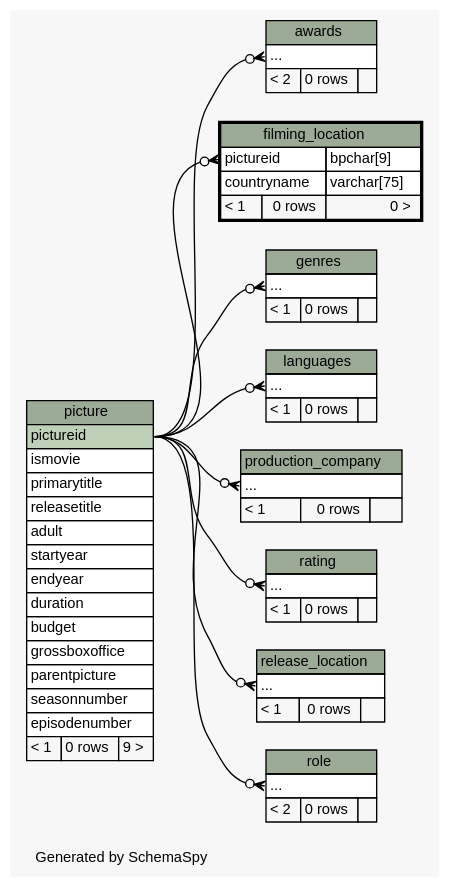
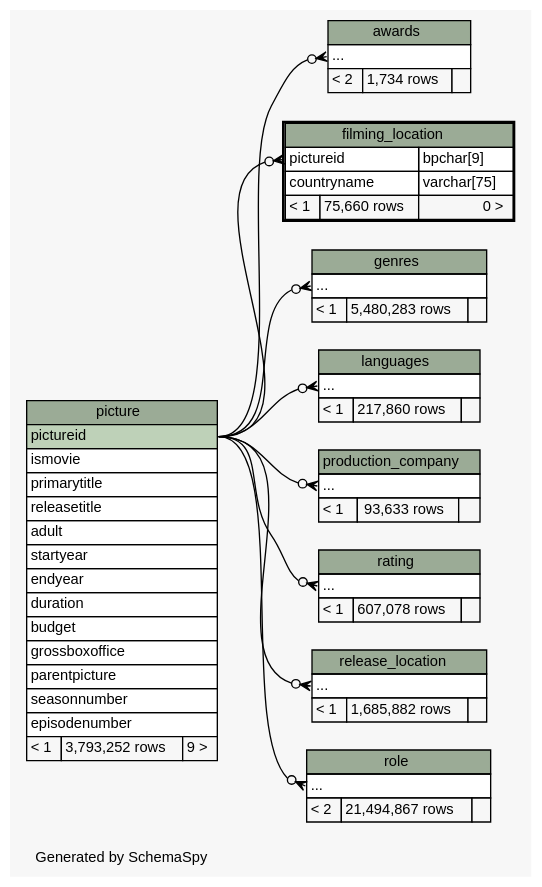
One commit to sipian/CS3563-DBMS changed the diagram in populating-tables/schemaspy/diagrams/filming_location.2degrees.dot. Above: the diagram before and after it, drawn with Graphviz. The commit also changed 65 other files, not shown here.

```diff
--- a/populating-tables/schemaspy/diagrams/filming_location.2degrees.dot
+++ b/populating-tables/schemaspy/diagrams/filming_location.2degrees.dot
@@ -1,133 +1,133 @@
 // dot 2.38.0 on Linux 4.13.0-32-generic
 // SchemaSpy rev 590
 digraph "twoDegreesRelationshipsDiagram" {
   graph [
     rankdir="RL"
     bgcolor="#f7f7f7"
     label="\nGenerated by SchemaSpy"
     labeljust="l"
     nodesep="0.18"
     ranksep="0.46"
     fontname="Helvetica"
     fontsize="11"
   ];
   node [
     fontname="Helvetica"
     fontsize="11"
     shape="plaintext"
   ];
   edge [
     arrowsize="0.8"
   ];
   "awards":"elipses":w -> "picture":"pictureid":e [arrowhead=none dir=back arrowtail=crowodot];
   "filming_location":"pictureid":w -> "picture":"pictureid":e [arrowhead=none dir=back arrowtail=crowodot];
   "genres":"elipses":w -> "picture":"pictureid":e [arrowhead=none dir=back arrowtail=crowodot];
   "languages":"elipses":w -> "picture":"pictureid":e [arrowhead=none dir=back arrowtail=crowodot];
   "production_company":"elipses":w -> "picture":"pictureid":e [arrowhead=none dir=back arrowtail=crowodot];
   "rating":"elipses":w -> "picture":"pictureid":e [arrowhead=none dir=back arrowtail=crowodot];
   "release_location":"elipses":w -> "picture":"pictureid":e [arrowhead=none dir=back arrowtail=crowodot];
   "role":"elipses":w -> "picture":"pictureid":e [arrowhead=none dir=back arrowtail=crowodot];
   "awards" [
     label=<
     <TABLE BORDER="0" CELLBORDER="1" CELLSPACING="0" BGCOLOR="#ffffff">
       <TR><TD COLSPAN="3" BGCOLOR="#9bab96" ALIGN="CENTER">awards</TD></TR>
       <TR><TD PORT="elipses" COLSPAN="3" ALIGN="LEFT">...</TD></TR>
-      <TR><TD ALIGN="LEFT" BGCOLOR="#f7f7f7">&lt; 2</TD><TD ALIGN="RIGHT" BGCOLOR="#f7f7f7">0 rows</TD><TD ALIGN="RIGHT" BGCOLOR="#f7f7f7">  </TD></TR>
+      <TR><TD ALIGN="LEFT" BGCOLOR="#f7f7f7">&lt; 2</TD><TD ALIGN="RIGHT" BGCOLOR="#f7f7f7">1,734 rows</TD><TD ALIGN="RIGHT" BGCOLOR="#f7f7f7">  </TD></TR>
     </TABLE>>
     URL="awards.html"
     tooltip="awards"
   ];
   "filming_location" [
     label=<
     <TABLE BORDER="2" CELLBORDER="1" CELLSPACING="0" BGCOLOR="#ffffff">
       <TR><TD COLSPAN="3" BGCOLOR="#9bab96" ALIGN="CENTER">filming_location</TD></TR>
       <TR><TD PORT="pictureid" COLSPAN="2" ALIGN="LEFT">pictureid</TD><TD PORT="pictureid.type" ALIGN="LEFT">bpchar[9]</TD></TR>
       <TR><TD PORT="countryname" COLSPAN="2" ALIGN="LEFT">countryname</TD><TD PORT="countryname.type" ALIGN="LEFT">varchar[75]</TD></TR>
-      <TR><TD ALIGN="LEFT" BGCOLOR="#f7f7f7">&lt; 1</TD><TD ALIGN="RIGHT" BGCOLOR="#f7f7f7">0 rows</TD><TD ALIGN="RIGHT" BGCOLOR="#f7f7f7">0 &gt;</TD></TR>
+      <TR><TD ALIGN="LEFT" BGCOLOR="#f7f7f7">&lt; 1</TD><TD ALIGN="RIGHT" BGCOLOR="#f7f7f7">75,660 rows</TD><TD ALIGN="RIGHT" BGCOLOR="#f7f7f7">0 &gt;</TD></TR>
     </TABLE>>
     URL="filming_location.html"
     tooltip="filming_location"
   ];
   "genres" [
     label=<
     <TABLE BORDER="0" CELLBORDER="1" CELLSPACING="0" BGCOLOR="#ffffff">
       <TR><TD COLSPAN="3" BGCOLOR="#9bab96" ALIGN="CENTER">genres</TD></TR>
       <TR><TD PORT="elipses" COLSPAN="3" ALIGN="LEFT">...</TD></TR>
-      <TR><TD ALIGN="LEFT" BGCOLOR="#f7f7f7">&lt; 1</TD><TD ALIGN="RIGHT" BGCOLOR="#f7f7f7">0 rows</TD><TD ALIGN="RIGHT" BGCOLOR="#f7f7f7">  </TD></TR>
+      <TR><TD ALIGN="LEFT" BGCOLOR="#f7f7f7">&lt; 1</TD><TD ALIGN="RIGHT" BGCOLOR="#f7f7f7">5,480,283 rows</TD><TD ALIGN="RIGHT" BGCOLOR="#f7f7f7">  </TD></TR>
     </TABLE>>
     URL="genres.html"
     tooltip="genres"
   ];
   "languages" [
     label=<
     <TABLE BORDER="0" CELLBORDER="1" CELLSPACING="0" BGCOLOR="#ffffff">
       <TR><TD COLSPAN="3" BGCOLOR="#9bab96" ALIGN="CENTER">languages</TD></TR>
       <TR><TD PORT="elipses" COLSPAN="3" ALIGN="LEFT">...</TD></TR>
-      <TR><TD ALIGN="LEFT" BGCOLOR="#f7f7f7">&lt; 1</TD><TD ALIGN="RIGHT" BGCOLOR="#f7f7f7">0 rows</TD><TD ALIGN="RIGHT" BGCOLOR="#f7f7f7">  </TD></TR>
+      <TR><TD ALIGN="LEFT" BGCOLOR="#f7f7f7">&lt; 1</TD><TD ALIGN="RIGHT" BGCOLOR="#f7f7f7">217,860 rows</TD><TD ALIGN="RIGHT" BGCOLOR="#f7f7f7">  </TD></TR>
     </TABLE>>
     URL="languages.html"
     tooltip="languages"
   ];
   "picture" [
     label=<
     <TABLE BORDER="0" CELLBORDER="1" CELLSPACING="0" BGCOLOR="#ffffff">
       <TR><TD COLSPAN="3" BGCOLOR="#9bab96" ALIGN="CENTER">picture</TD></TR>
       <TR><TD PORT="pictureid" COLSPAN="3" BGCOLOR="#bed1b8" ALIGN="LEFT">pictureid</TD></TR>
       <TR><TD PORT="ismovie" COLSPAN="3" ALIGN="LEFT">ismovie</TD></TR>
       <TR><TD PORT="primarytitle" COLSPAN="3" ALIGN="LEFT">primarytitle</TD></TR>
       <TR><TD PORT="releasetitle" COLSPAN="3" ALIGN="LEFT">releasetitle</TD></TR>
       <TR><TD PORT="adult" COLSPAN="3" ALIGN="LEFT">adult</TD></TR>
       <TR><TD PORT="startyear" COLSPAN="3" ALIGN="LEFT">startyear</TD></TR>
       <TR><TD PORT="endyear" COLSPAN="3" ALIGN="LEFT">endyear</TD></TR>
       <TR><TD PORT="duration" COLSPAN="3" ALIGN="LEFT">duration</TD></TR>
       <TR><TD PORT="budget" COLSPAN="3" ALIGN="LEFT">budget</TD></TR>
       <TR><TD PORT="grossboxoffice" COLSPAN="3" ALIGN="LEFT">grossboxoffice</TD></TR>
       <TR><TD PORT="parentpicture" COLSPAN="3" ALIGN="LEFT">parentpicture</TD></TR>
       <TR><TD PORT="seasonnumber" COLSPAN="3" ALIGN="LEFT">seasonnumber</TD></TR>
       <TR><TD PORT="episodenumber" COLSPAN="3" ALIGN="LEFT">episodenumber</TD></TR>
-      <TR><TD ALIGN="LEFT" BGCOLOR="#f7f7f7">&lt; 1</TD><TD ALIGN="RIGHT" BGCOLOR="#f7f7f7">0 rows</TD><TD ALIGN="RIGHT" BGCOLOR="#f7f7f7">9 &gt;</TD></TR>
+      <TR><TD ALIGN="LEFT" BGCOLOR="#f7f7f7">&lt; 1</TD><TD ALIGN="RIGHT" BGCOLOR="#f7f7f7">3,793,252 rows</TD><TD ALIGN="RIGHT" BGCOLOR="#f7f7f7">9 &gt;</TD></TR>
     </TABLE>>
     URL="picture.html"
     tooltip="picture"
   ];
   "production_company" [
     label=<
     <TABLE BORDER="0" CELLBORDER="1" CELLSPACING="0" BGCOLOR="#ffffff">
       <TR><TD COLSPAN="3" BGCOLOR="#9bab96" ALIGN="CENTER">production_company</TD></TR>
       <TR><TD PORT="elipses" COLSPAN="3" ALIGN="LEFT">...</TD></TR>
-      <TR><TD ALIGN="LEFT" BGCOLOR="#f7f7f7">&lt; 1</TD><TD ALIGN="RIGHT" BGCOLOR="#f7f7f7">0 rows</TD><TD ALIGN="RIGHT" BGCOLOR="#f7f7f7">  </TD></TR>
+      <TR><TD ALIGN="LEFT" BGCOLOR="#f7f7f7">&lt; 1</TD><TD ALIGN="RIGHT" BGCOLOR="#f7f7f7">93,633 rows</TD><TD ALIGN="RIGHT" BGCOLOR="#f7f7f7">  </TD></TR>
     </TABLE>>
     URL="production_company.html"
     tooltip="production_company"
   ];
   "rating" [
     label=<
     <TABLE BORDER="0" CELLBORDER="1" CELLSPACING="0" BGCOLOR="#ffffff">
       <TR><TD COLSPAN="3" BGCOLOR="#9bab96" ALIGN="CENTER">rating</TD></TR>
       <TR><TD PORT="elipses" COLSPAN="3" ALIGN="LEFT">...</TD></TR>
-      <TR><TD ALIGN="LEFT" BGCOLOR="#f7f7f7">&lt; 1</TD><TD ALIGN="RIGHT" BGCOLOR="#f7f7f7">0 rows</TD><TD ALIGN="RIGHT" BGCOLOR="#f7f7f7">  </TD></TR>
+      <TR><TD ALIGN="LEFT" BGCOLOR="#f7f7f7">&lt; 1</TD><TD ALIGN="RIGHT" BGCOLOR="#f7f7f7">607,078 rows</TD><TD ALIGN="RIGHT" BGCOLOR="#f7f7f7">  </TD></TR>
     </TABLE>>
     URL="rating.html"
     tooltip="rating"
   ];
   "release_location" [
     label=<
     <TABLE BORDER="0" CELLBORDER="1" CELLSPACING="0" BGCOLOR="#ffffff">
       <TR><TD COLSPAN="3" BGCOLOR="#9bab96" ALIGN="CENTER">release_location</TD></TR>
       <TR><TD PORT="elipses" COLSPAN="3" ALIGN="LEFT">...</TD></TR>
-      <TR><TD ALIGN="LEFT" BGCOLOR="#f7f7f7">&lt; 1</TD><TD ALIGN="RIGHT" BGCOLOR="#f7f7f7">0 rows</TD><TD ALIGN="RIGHT" BGCOLOR="#f7f7f7">  </TD></TR>
+      <TR><TD ALIGN="LEFT" BGCOLOR="#f7f7f7">&lt; 1</TD><TD ALIGN="RIGHT" BGCOLOR="#f7f7f7">1,685,882 rows</TD><TD ALIGN="RIGHT" BGCOLOR="#f7f7f7">  </TD></TR>
     </TABLE>>
     URL="release_location.html"
     tooltip="release_location"
   ];
   "role" [
     label=<
     <TABLE BORDER="0" CELLBORDER="1" CELLSPACING="0" BGCOLOR="#ffffff">
       <TR><TD COLSPAN="3" BGCOLOR="#9bab96" ALIGN="CENTER">role</TD></TR>
       <TR><TD PORT="elipses" COLSPAN="3" ALIGN="LEFT">...</TD></TR>
-      <TR><TD ALIGN="LEFT" BGCOLOR="#f7f7f7">&lt; 2</TD><TD ALIGN="RIGHT" BGCOLOR="#f7f7f7">0 rows</TD><TD ALIGN="RIGHT" BGCOLOR="#f7f7f7">  </TD></TR>
+      <TR><TD ALIGN="LEFT" BGCOLOR="#f7f7f7">&lt; 2</TD><TD ALIGN="RIGHT" BGCOLOR="#f7f7f7">21,494,867 rows</TD><TD ALIGN="RIGHT" BGCOLOR="#f7f7f7">  </TD></TR>
     </TABLE>>
     URL="role.html"
     tooltip="role"
   ];
 }
```
